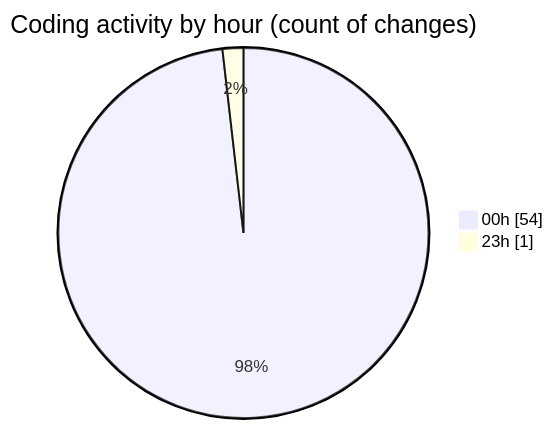
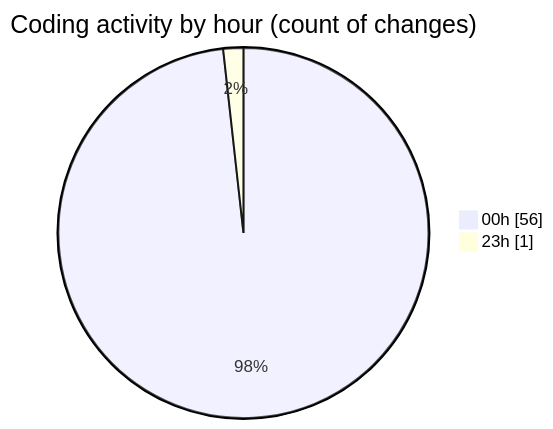
Before and after one commit to nxtqubesakshisongat/code-tracking: the second of 2 diagrams in 2026-03-15/nxtqube_webapp/README.md, drawn with Mermaid. The commit also changed other lines of this file and 1 other file, not shown here.

````diff
--- a/2026-03-15/nxtqube_webapp/README.md
+++ b/2026-03-15/nxtqube_webapp/README.md
@@ -28,6 +30,6 @@
 ```mermaid
 pie showData
 title Coding activity by hour (count of changes)
-"00h" : 54
+"00h" : 56
 "23h" : 1
 ```
````
